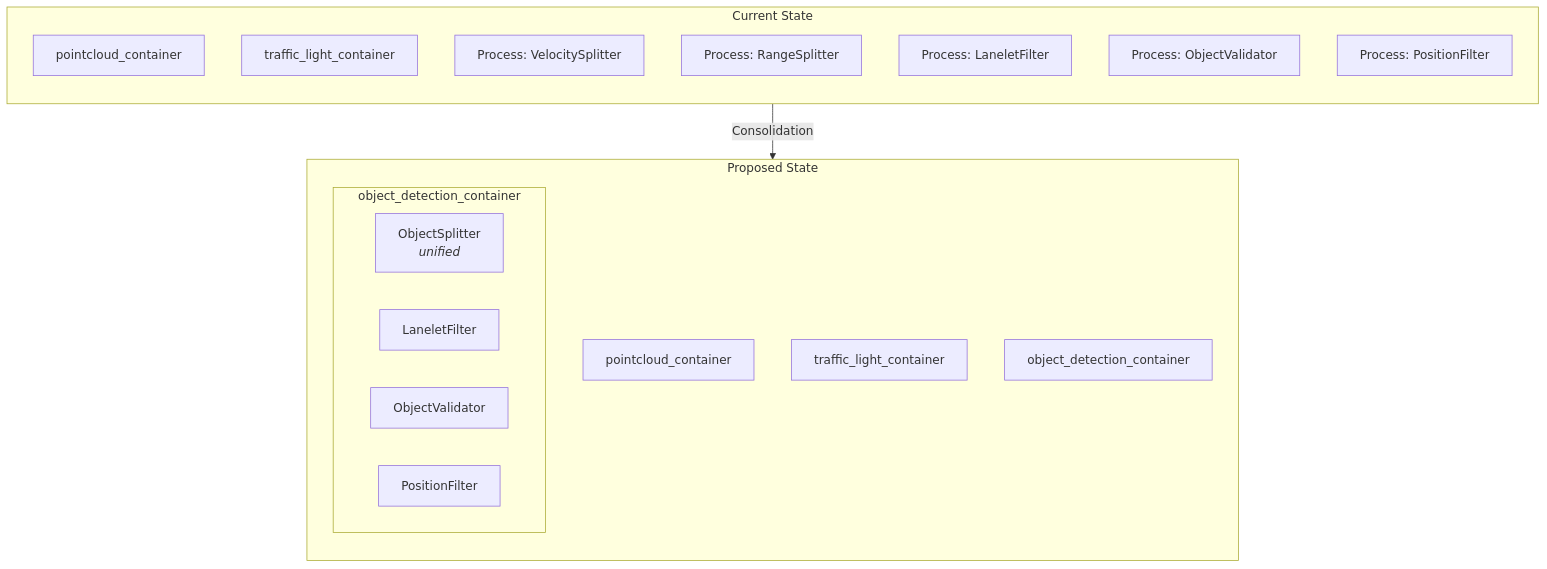
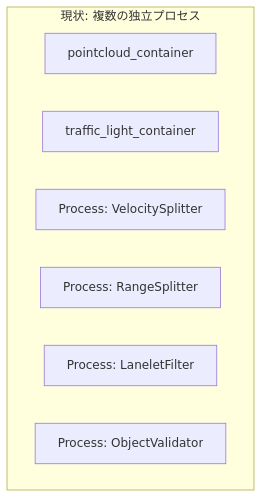
Diagram 18 of 20 in docs/launch-architecture.md (youtalk/autoware_universe), drawn with Mermaid before and after one commit. The commit also changed other lines of this file, not shown here.

````diff
--- a/docs/launch-architecture.md
+++ b/docs/launch-architecture.md
@@ -420,29 +425,11 @@
 ```mermaid
 graph TB
-    subgraph current["Current State"]
-        direction TB
+    subgraph current["現状: 複数の独立プロセス"]
         C_PC[pointcloud_container]
         C_TL[traffic_light_container]
         C_P1[Process: VelocitySplitter]
         C_P2[Process: RangeSplitter]
         C_P3[Process: LaneletFilter]
         C_P4[Process: ObjectValidator]
-        C_P5[Process: PositionFilter]
     end
-
-    subgraph proposed["Proposed State"]
-        direction TB
-        P_PC[pointcloud_container]
-        P_TL[traffic_light_container]
-        P_OBJ[object_detection_container]
-
-        subgraph P_OBJ_inner["object_detection_container"]
-            P_SPLIT[ObjectSplitter<br/><i>unified</i>]
-            P_LANELET[LaneletFilter]
-            P_VAL[ObjectValidator]
-            P_POS[PositionFilter]
-        end
-    end
-
-    current -->|"Consolidation"| proposed
 ```
````
